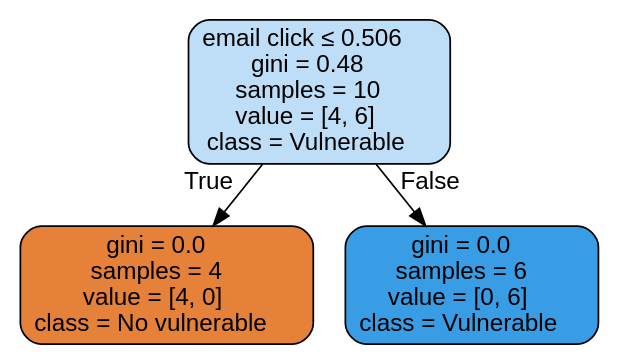
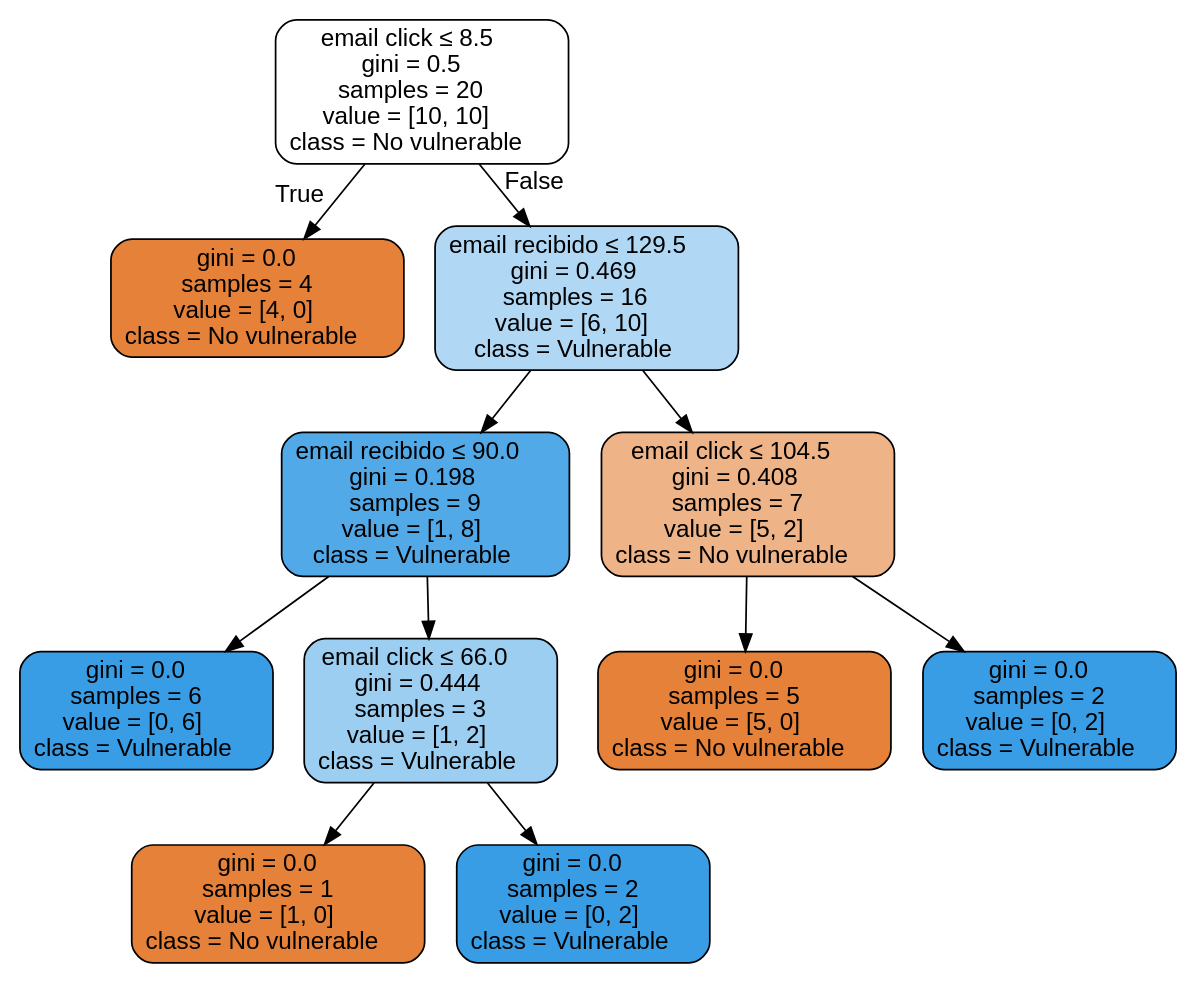
One commit to Skayara/sistemas-de-la-informacion-Practica1 changed the diagram in machine_learning/tree.gv. Above: the diagram before and after it, drawn with Graphviz. The commit also changed 15 other files, not shown here.

```diff
--- a/machine_learning/tree.gv
+++ b/machine_learning/tree.gv
@@ -1,9 +1,25 @@
 digraph Tree {
 node [shape=box, style="filled, rounded", color="black", fontname="helvetica"] ;
 edge [fontname="helvetica"] ;
-0 [label=<email click &le; 0.506<br/>gini = 0.48<br/>samples = 10<br/>value = [4, 6]<br/>class = Vulnerable>, fillcolor="#bddef6"] ;
+0 [label=<email click &le; 8.5<br/>gini = 0.5<br/>samples = 20<br/>value = [10, 10]<br/>class = No vulnerable>, fillcolor="#ffffff"] ;
 1 [label=<gini = 0.0<br/>samples = 4<br/>value = [4, 0]<br/>class = No vulnerable>, fillcolor="#e58139"] ;
 0 -> 1 [labeldistance=2.5, labelangle=45, headlabel="True"] ;
-2 [label=<gini = 0.0<br/>samples = 6<br/>value = [0, 6]<br/>class = Vulnerable>, fillcolor="#399de5"] ;
+2 [label=<email recibido &le; 129.5<br/>gini = 0.469<br/>samples = 16<br/>value = [6, 10]<br/>class = Vulnerable>, fillcolor="#b0d8f5"] ;
 0 -> 2 [labeldistance=2.5, labelangle=-45, headlabel="False"] ;
+3 [label=<email recibido &le; 90.0<br/>gini = 0.198<br/>samples = 9<br/>value = [1, 8]<br/>class = Vulnerable>, fillcolor="#52a9e8"] ;
+2 -> 3 ;
+4 [label=<gini = 0.0<br/>samples = 6<br/>value = [0, 6]<br/>class = Vulnerable>, fillcolor="#399de5"] ;
+3 -> 4 ;
+5 [label=<email click &le; 66.0<br/>gini = 0.444<br/>samples = 3<br/>value = [1, 2]<br/>class = Vulnerable>, fillcolor="#9ccef2"] ;
+3 -> 5 ;
+6 [label=<gini = 0.0<br/>samples = 1<br/>value = [1, 0]<br/>class = No vulnerable>, fillcolor="#e58139"] ;
+5 -> 6 ;
+7 [label=<gini = 0.0<br/>samples = 2<br/>value = [0, 2]<br/>class = Vulnerable>, fillcolor="#399de5"] ;
+5 -> 7 ;
+8 [label=<email click &le; 104.5<br/>gini = 0.408<br/>samples = 7<br/>value = [5, 2]<br/>class = No vulnerable>, fillcolor="#efb388"] ;
+2 -> 8 ;
+9 [label=<gini = 0.0<br/>samples = 5<br/>value = [5, 0]<br/>class = No vulnerable>, fillcolor="#e58139"] ;
+8 -> 9 ;
+10 [label=<gini = 0.0<br/>samples = 2<br/>value = [0, 2]<br/>class = Vulnerable>, fillcolor="#399de5"] ;
+8 -> 10 ;
 }
```
